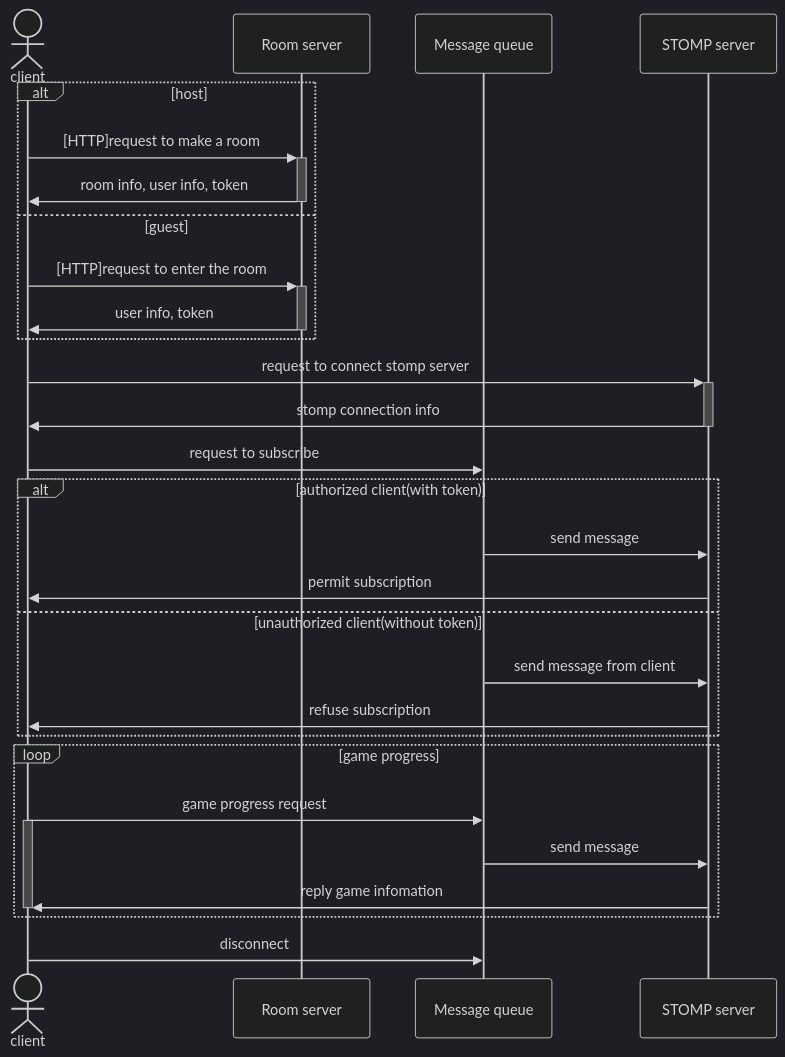
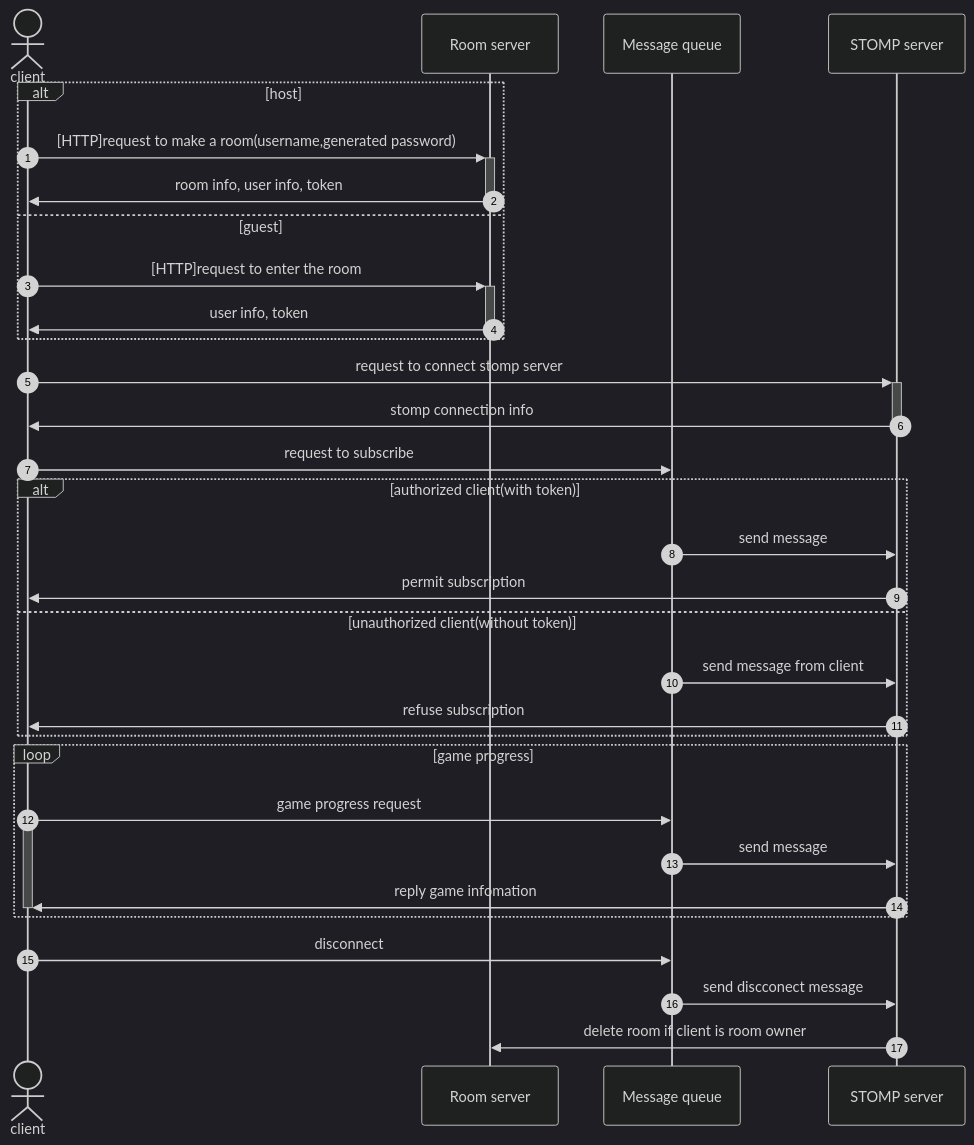
One commit to LiarGameDevelop/LiarGameServer changed the second of 2 diagrams in README.md. Above: the diagram before and after it, drawn with Mermaid (dark theme). The commit also changed other lines of this file and 12 other files, not shown here.

````diff
--- a/README.md
+++ b/README.md
@@ -74,37 +73,40 @@
 ```mermaid
 sequenceDiagram
+    autonumber
     actor client as client
     participant room as Room server
     participant mq as Message queue
     participant stomp as STOMP server
 
     alt host
-    client->>+room: [HTTP]request to make a room
+    client->>+room: [HTTP]request to make a room(username,generated password)
     room->>-client: room info, user info, token
     else guest
     client->>+room: [HTTP]request to enter the room
     room->>-client: user info, token
     end
 
     client->>+stomp: request to connect stomp server
     stomp->>-client: stomp connection info
 
     client->>mq: request to subscribe
     alt authorized client(with token)
     mq->>stomp: send message
     stomp->>client: permit subscription
     else unauthorized client(without token)
     mq->>stomp: send message from client
     stomp->>client: refuse subscription
     end
 
     loop game progress
     client->>mq: game progress request
     activate client
     mq->>stomp: send message
     stomp->>client: reply game infomation
     deactivate client
     end
 
-    client->>mq:disconnect
+    client->>mq: disconnect
+    mq->>stomp: send discconect message
+    stomp->>room: delete room if client is room owner
 ```
````
